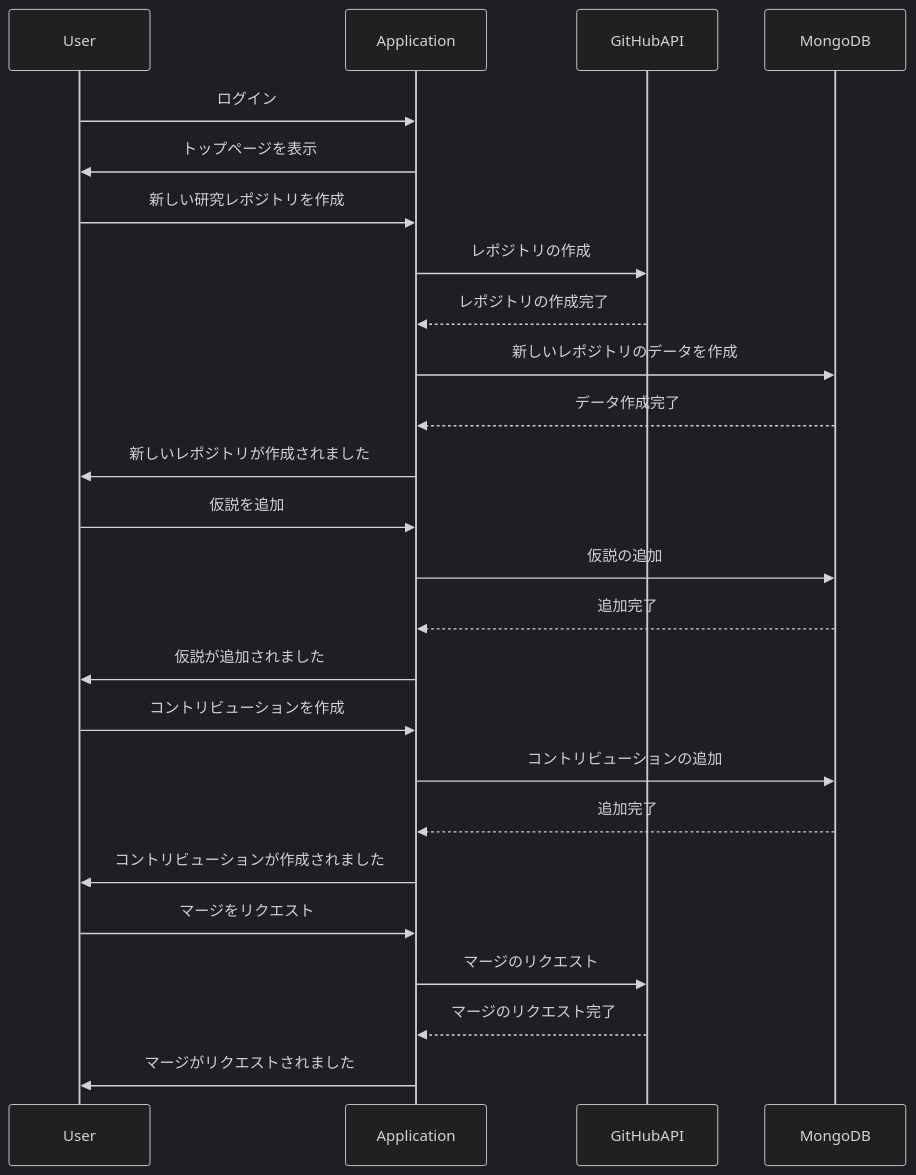
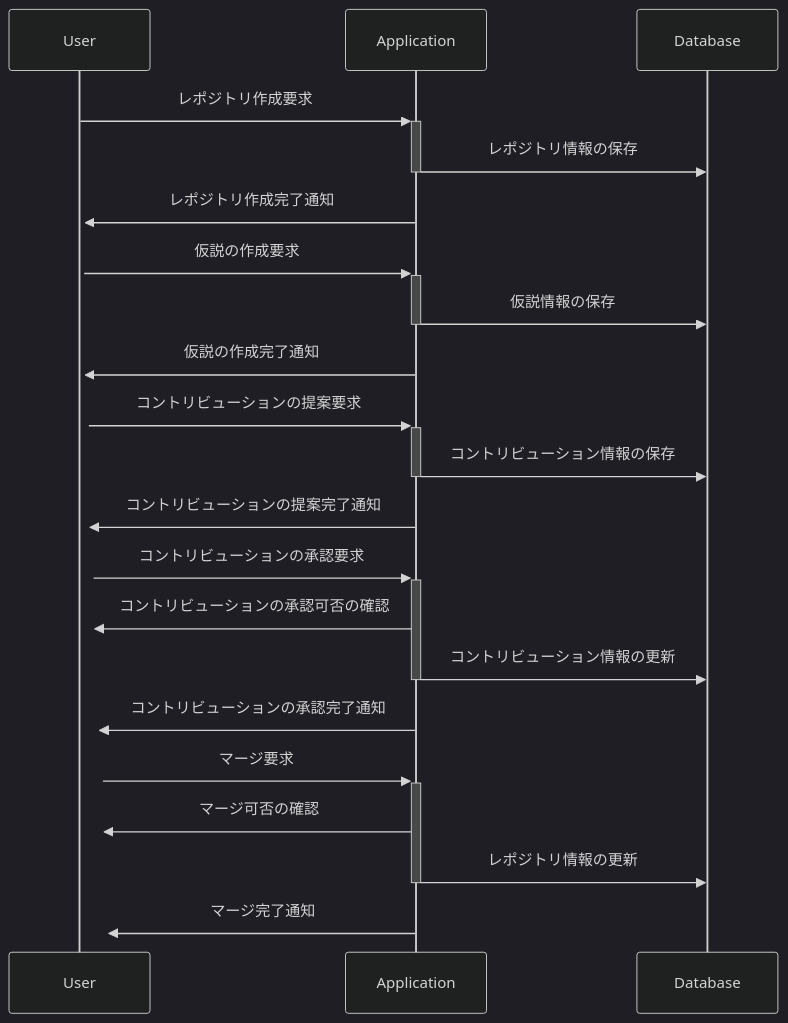
One commit to Escher-js/giant_dev_ai changed the second of 4 diagrams in README.md. Above: the diagram before and after it, drawn with Mermaid (dark theme).

````diff
--- a/README.md
+++ b/README.md
@@ -121,32 +121,28 @@
 ```mermaid
 sequenceDiagram
-    participant User
-    participant Application
-    participant GitHubAPI
-    participant MongoDB
+  participant User
+  participant Application
+  participant Database
 
-    User->>Application: ログイン
-    Application->>User: トップページを表示
-    User->>Application: 新しい研究レポジトリを作成
-    Application->>GitHubAPI: レポジトリの作成
-    GitHubAPI-->>Application: レポジトリの作成完了
-    Application->>MongoDB: 新しいレポジトリのデータを作成
-    MongoDB-->>Application: データ作成完了
-    Application->>User: 新しいレポジトリが作成されました
+  User->>+Application: レポジトリ作成要求
+  Application->>-Database: レポジトリ情報の保存
+  Application->>+User: レポジトリ作成完了通知
+  
+  User->>+Application: 仮説の作成要求
+  Application->>-Database: 仮説情報の保存
+  Application->>+User: 仮説の作成完了通知
 
-    User->>Application: 仮説を追加
-    Application->>MongoDB: 仮説の追加
-    MongoDB-->>Application: 追加完了
-    Application->>User: 仮説が追加されました
+  User->>+Application: コントリビューションの提案要求
+  Application->>-Database: コントリビューション情報の保存
+  Application->>+User: コントリビューションの提案完了通知
 
-    User->>Application: コントリビューションを作成
-    Application->>MongoDB: コントリビューションの追加
-    MongoDB-->>Application: 追加完了
-    Application->>User: コントリビューションが作成されました
-
-    User->>Application: マージをリクエスト
-    Application->>GitHubAPI: マージのリクエスト
-    GitHubAPI-->>Application: マージのリクエスト完了
-    Application->>User: マージがリクエストされました
+  User->>+Application: コントリビューションの承認要求
+  Application->>+User: コントリビューションの承認可否の確認
+  Application->>-Database: コントリビューション情報の更新
+  Application->>+User: コントリビューションの承認完了通知
+  User->>+Application: マージ要求
+  Application->>+User: マージ可否の確認
+  Application->>-Database: レポジトリ情報の更新
+  Application->>+User: マージ完了通知
 
 ```
````
